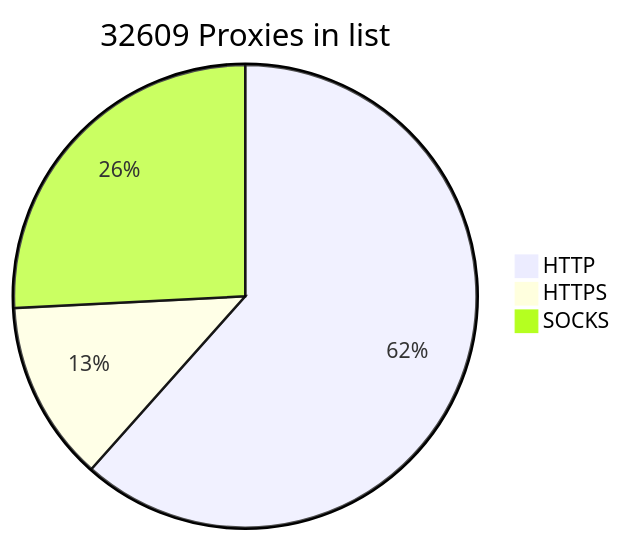
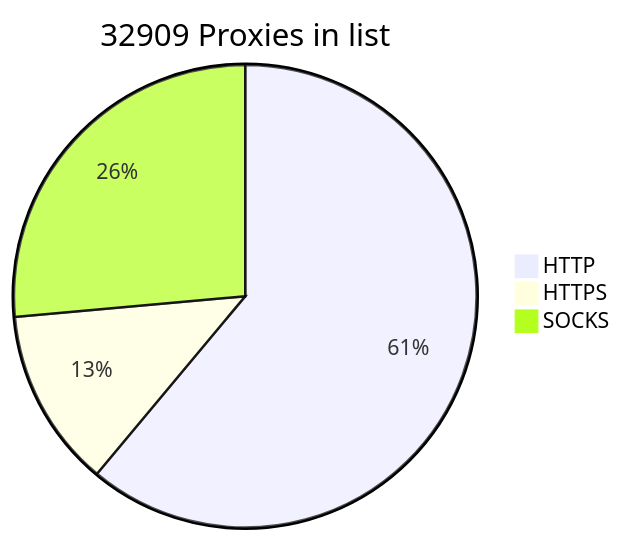
Before and after one commit to BlackSnowDot/proxylist-update-every-minute: the diagram in README.md, drawn with Mermaid. The commit also changed other lines of this file, not shown here.

````diff
--- a/README.md
+++ b/README.md
@@ -2,6 +2,6 @@
 ```mermaid
-pie title 32609 Proxies in list
-    "HTTP" : 22173
+pie title 32909 Proxies in list
+    "HTTP" : 22174
     "HTTPS": 4540
-    "SOCKS" : 9295
+    "SOCKS" : 9594
 ```
````
